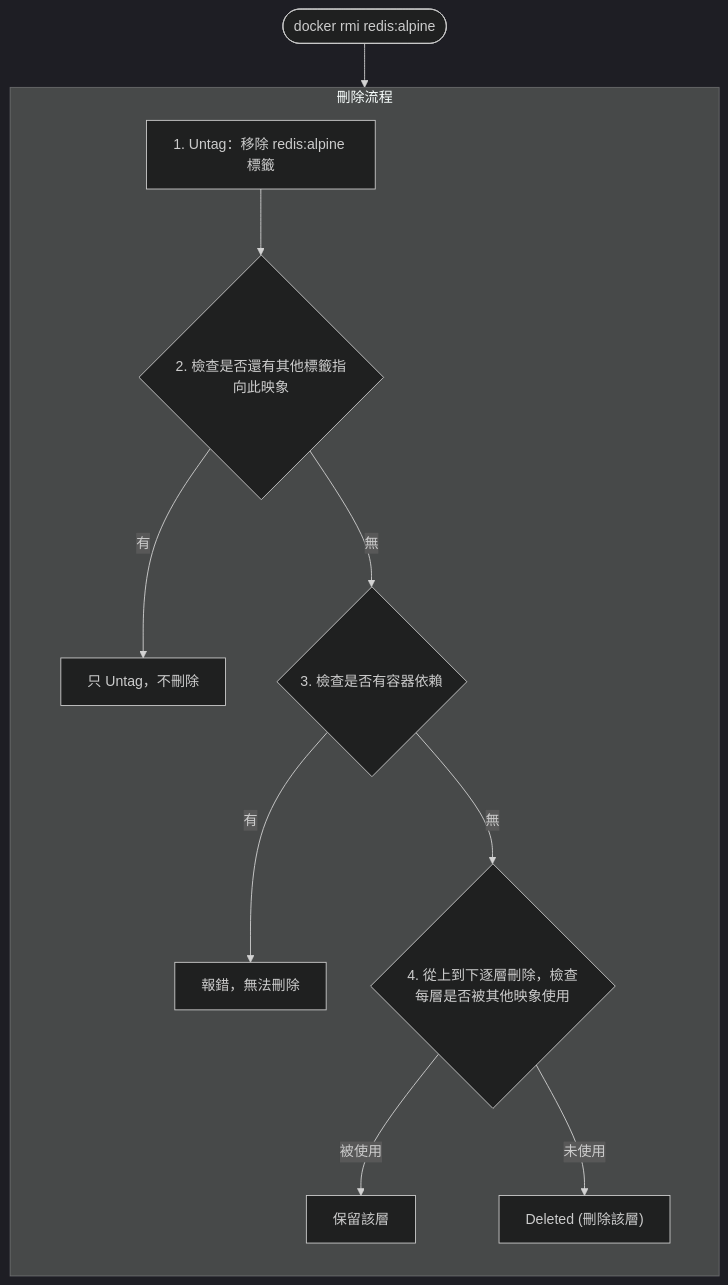
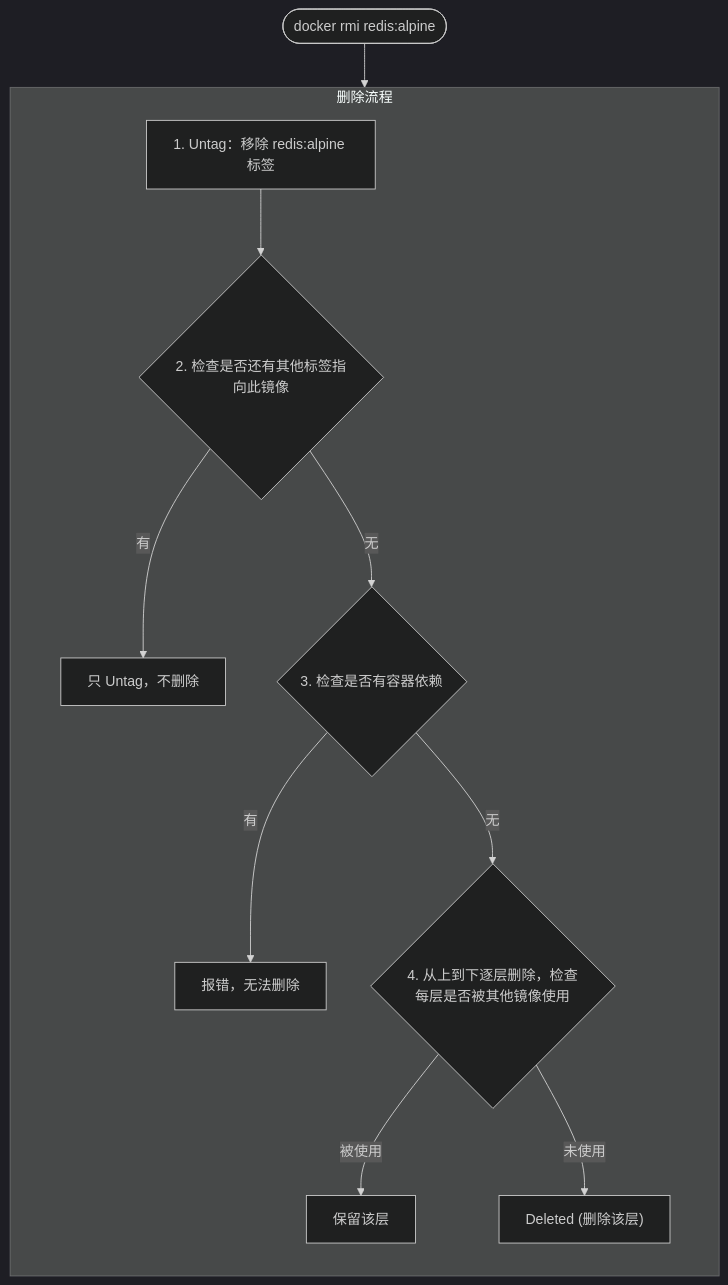
Before and after one commit to doggy8088/docker_practice: the diagram in 04_image/4.3_rm.md, drawn with Mermaid (dark theme). The commit also changed other lines of this file and 21 other files, not shown here.

````diff
--- a/04_image/4.3_rm.md
+++ b/04_image/4.3_rm.md
@@ -93,21 +95,21 @@
 ```mermaid
 flowchart TD
     Start(["docker rmi redis:alpine"]) --> Step1
 
-    subgraph Process ["刪除流程"]
+    subgraph Process ["删除流程"]
         direction TB
-        Step1["1. Untag：移除 redis:alpine 標籤"] --> Step2
+        Step1["1. Untag：移除 redis:alpine 标签"] --> Step2
 
-        Step2{"2. 檢查是否還有其他標籤指向此映象"}
-        Step2 -- "有" --> Keep1["只 Untag，不刪除"]
-        Step2 -- "無" --> Step3
+        Step2{"2. 检查是否还有其他标签指向此镜像"}
+        Step2 -- "有" --> Keep1["只 Untag，不删除"]
+        Step2 -- "无" --> Step3
 
-        Step3{"3. 檢查是否有容器依賴"}
-        Step3 -- "有" --> Error["報錯，無法刪除"]
-        Step3 -- "無" --> Step4
+        Step3{"3. 检查是否有容器依赖"}
+        Step3 -- "有" --> Error["报错，无法删除"]
+        Step3 -- "无" --> Step4
 
-        Step4{"4. 從上到下逐層刪除，檢查每層是否被其他映象使用"}
-        Step4 -- "被使用" --> Keep2["保留該層"]
-        Step4 -- "未使用" --> Delete["Deleted (刪除該層)"]
+        Step4{"4. 从上到下逐层删除，检查每层是否被其他镜像使用"}
+        Step4 -- "被使用" --> Keep2["保留该层"]
+        Step4 -- "未使用" --> Delete["Deleted (删除该层)"]
     end
 ```
````
